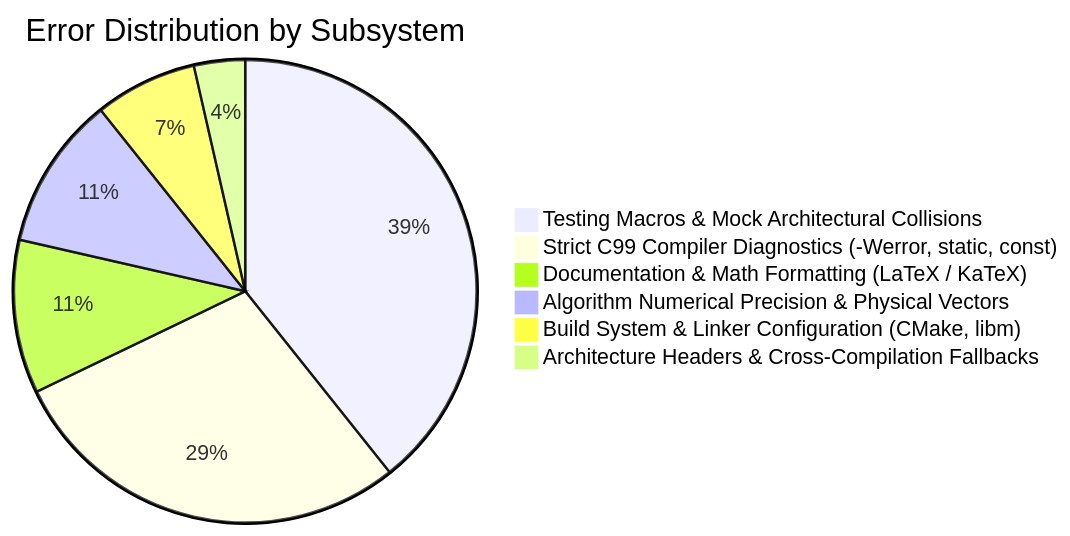
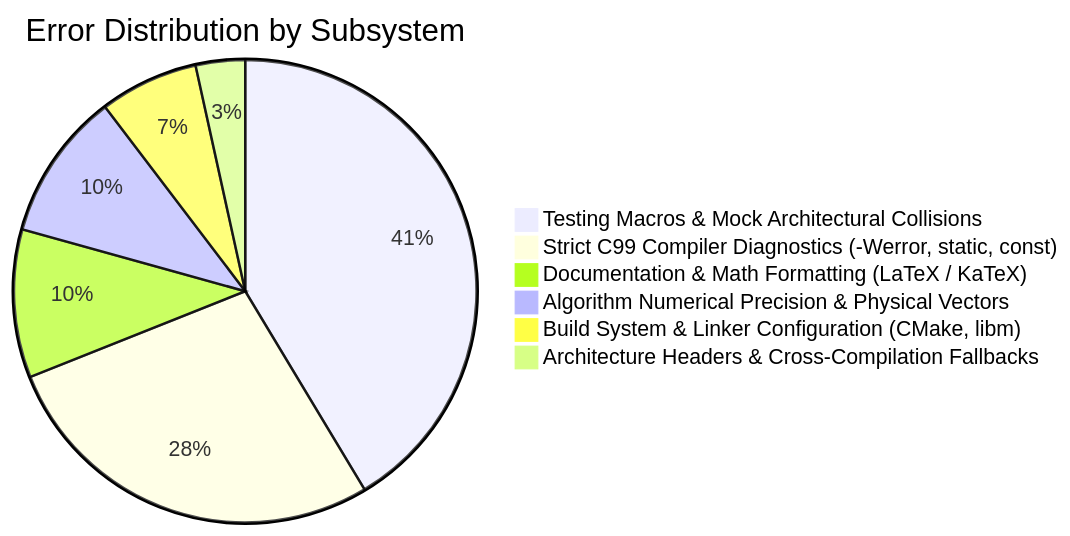
One commit to Thejus26/rain-predict changed the diagram in context/errors/README.md. Above: the diagram before and after it, drawn with Mermaid. The commit also changed other lines of this file and 2 other files, not shown here.

Commit message:
fix(driver): resolve ERR-029 modbus response byte count crc mismatch

````diff
--- a/context/errors/README.md
+++ b/context/errors/README.md
@@ -44,9 +45,9 @@
 ```mermaid
 pie title Error Distribution by Subsystem
-    "Testing Macros & Mock Architectural Collisions" : 11
+    "Testing Macros & Mock Architectural Collisions" : 12
     "Strict C99 Compiler Diagnostics (-Werror, static, const)" : 8
     "Documentation & Math Formatting (LaTeX / KaTeX)" : 3
     "Algorithm Numerical Precision & Physical Vectors" : 3
     "Build System & Linker Configuration (CMake, libm)" : 2
     "Architecture Headers & Cross-Compilation Fallbacks" : 1
 ```
````
